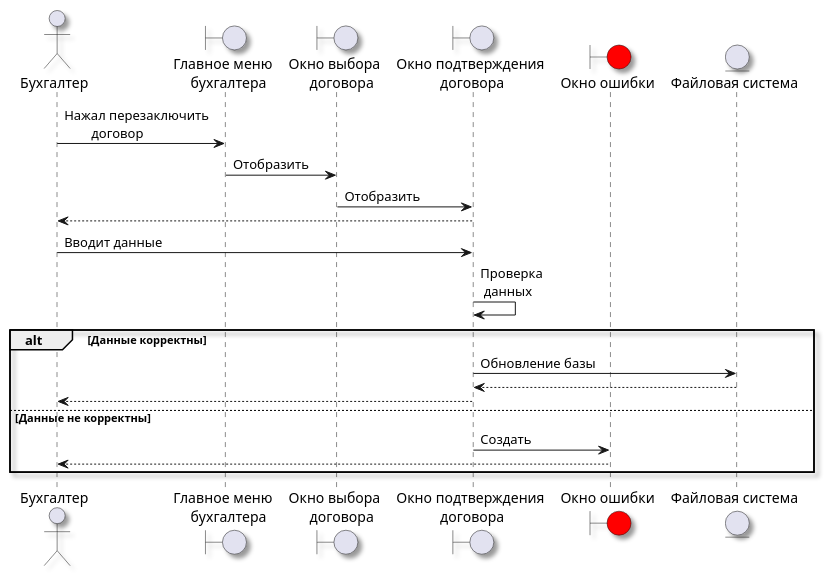
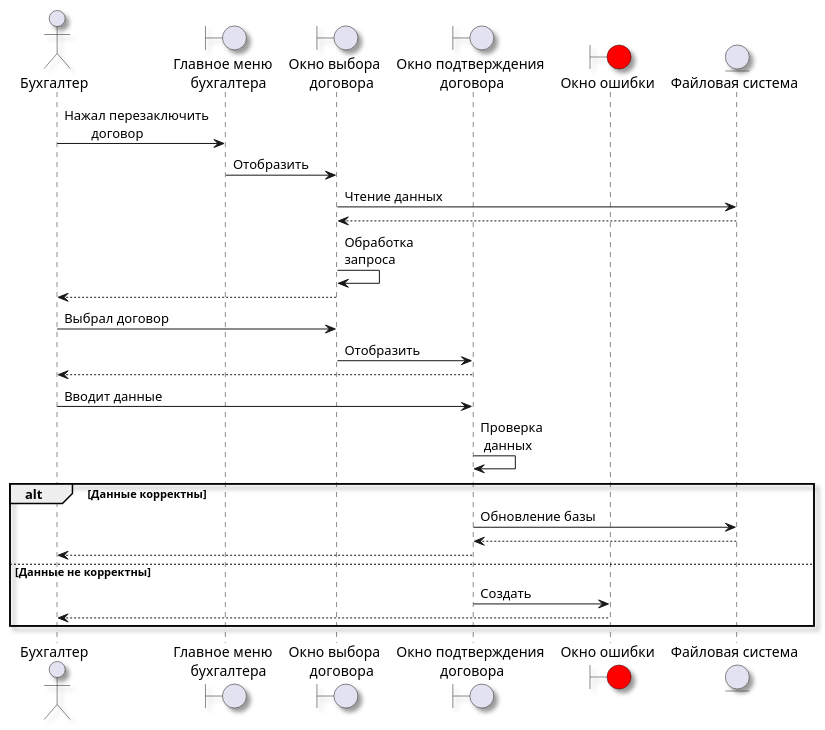
The diagram in Resource/Диаграммы последовательности/Подтвердить договор (Бухгалтер).wsd (MiFit1/OSOGO), drawn with PlantUML before and after one commit. The commit also changed 48 other files, not shown here.

Commit message:
Обновлены диаграммы. Обновлена ПЗ.

```diff
--- a/Resource/Диаграммы последовательности/Подтвердить договор (Бухгалтер).wsd
+++ b/Resource/Диаграммы последовательности/Подтвердить договор (Бухгалтер).wsd
@@ -1,27 +1,32 @@
 @startuml
 skinparam Shadowing true
 actor "Бухгалтер" as accountant
 boundary "Главное меню\n   бухгалтера" as mainMenuAc
 boundary "Окно выбора\n    договора" as contractWindow
 boundary "Окно подтверждения\n договора" as accessContractWindow
 boundary "Окно ошибки" as errorWindow #Red
 
 entity "Файловая система" as fs
 
 accountant -> mainMenuAc :Нажал перезаключить\n\tдоговор
 mainMenuAc -> contractWindow :Отобразить
+contractWindow -> fs:Чтение данных
+fs --> contractWindow
+contractWindow -> contractWindow:Обработка\nзапроса
+contractWindow --> accountant
+accountant -> contractWindow:Выбрал договор
 contractWindow -> accessContractWindow :Отобразить
 accessContractWindow --> accountant
 accountant -> accessContractWindow : Вводит данные
 accessContractWindow -> accessContractWindow : Проверка\n данных
 
 alt Данные корректны
     accessContractWindow -> fs : Обновление базы
     fs --> accessContractWindow
     accessContractWindow --> accountant
 else Данные не корректны
     accessContractWindow -> errorWindow : Создать
     errorWindow --> accountant
 end
 
 @enduml
```
